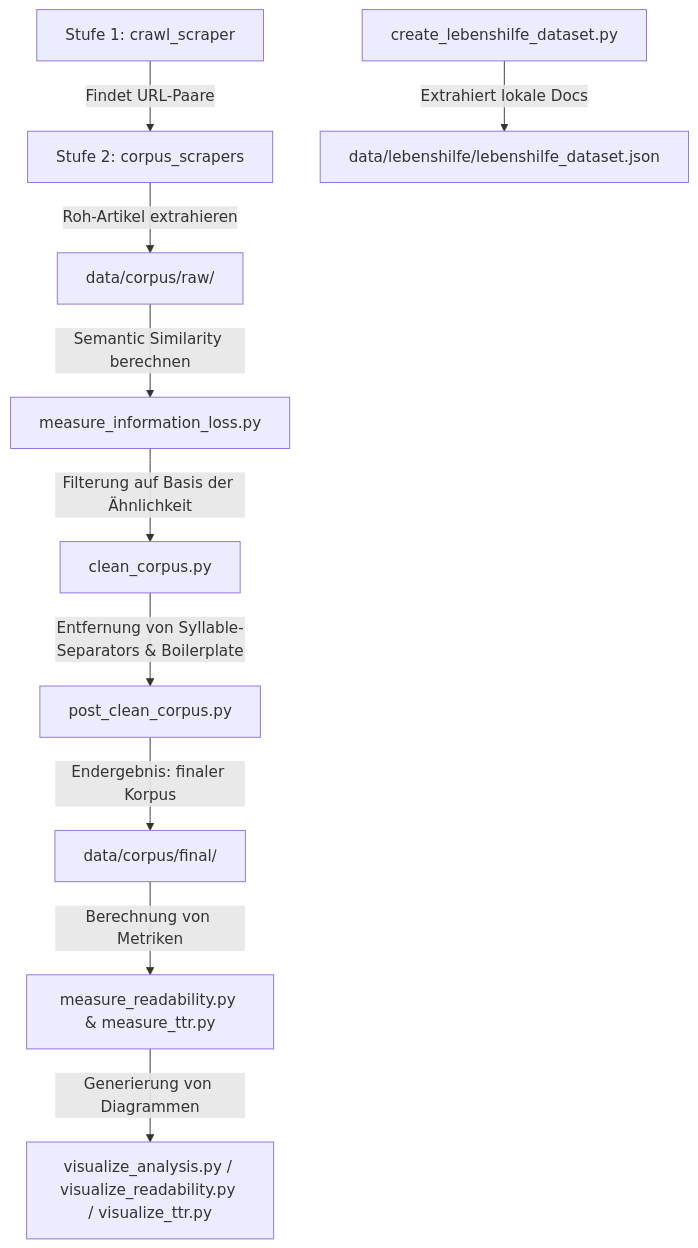
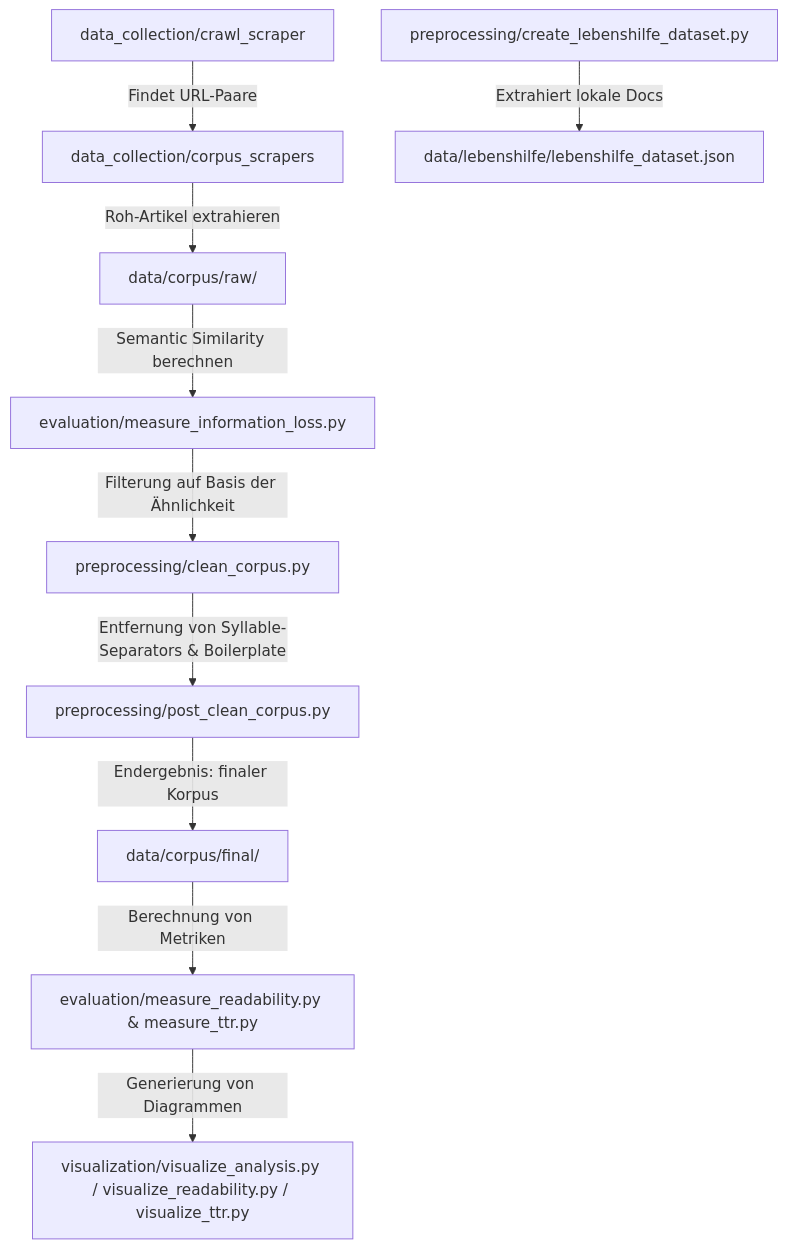
Before and after one commit to mcfiet/master-thesis: the diagram in README.md, drawn with Mermaid. The commit also changed other lines of this file and 53 other files, not shown here.

````diff
--- a/README.md
+++ b/README.md
@@ -89,12 +92,12 @@
 ```mermaid
 graph TD
-    A[Stufe 1: crawl_scraper] -->|Findet URL-Paare| B[Stufe 2: corpus_scrapers]
+    A[data_collection/crawl_scraper] -->|Findet URL-Paare| B[data_collection/corpus_scrapers]
     B -->|Roh-Artikel extrahieren| C[data/corpus/raw/]
-    D[create_lebenshilfe_dataset.py] -->|Extrahiert lokale Docs| E[data/lebenshilfe/lebenshilfe_dataset.json]
-    C -->|Semantic Similarity berechnen| F[measure_information_loss.py]
-    F -->|Filterung auf Basis der Ähnlichkeit| G[clean_corpus.py]
-    G -->|Entfernung von Syllable-Separators & Boilerplate| H[post_clean_corpus.py]
+    D[preprocessing/create_lebenshilfe_dataset.py] -->|Extrahiert lokale Docs| E[data/lebenshilfe/lebenshilfe_dataset.json]
+    C -->|Semantic Similarity berechnen| F[evaluation/measure_information_loss.py]
+    F -->|Filterung auf Basis der Ähnlichkeit| G[preprocessing/clean_corpus.py]
+    G -->|Entfernung von Syllable-Separators & Boilerplate| H[preprocessing/post_clean_corpus.py]
     H -->|Endergebnis: finaler Korpus| I[data/corpus/final/]
-    I -->|Berechnung von Metriken| J[measure_readability.py & measure_ttr.py]
-    J -->|Generierung von Diagrammen| K[visualize_analysis.py / visualize_readability.py / visualize_ttr.py]
+    I -->|Berechnung von Metriken| J[evaluation/measure_readability.py & measure_ttr.py]
+    J -->|Generierung von Diagrammen| K[visualization/visualize_analysis.py / visualize_readability.py / visualize_ttr.py]
 ```
````
